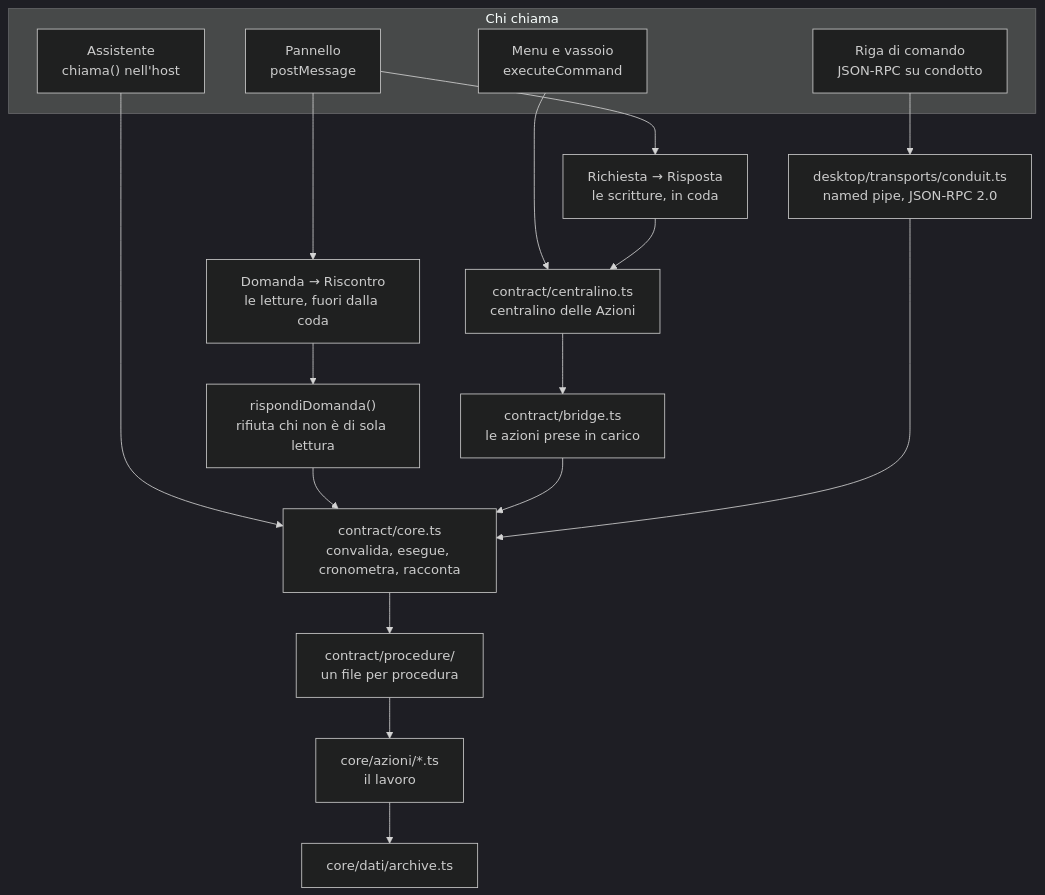
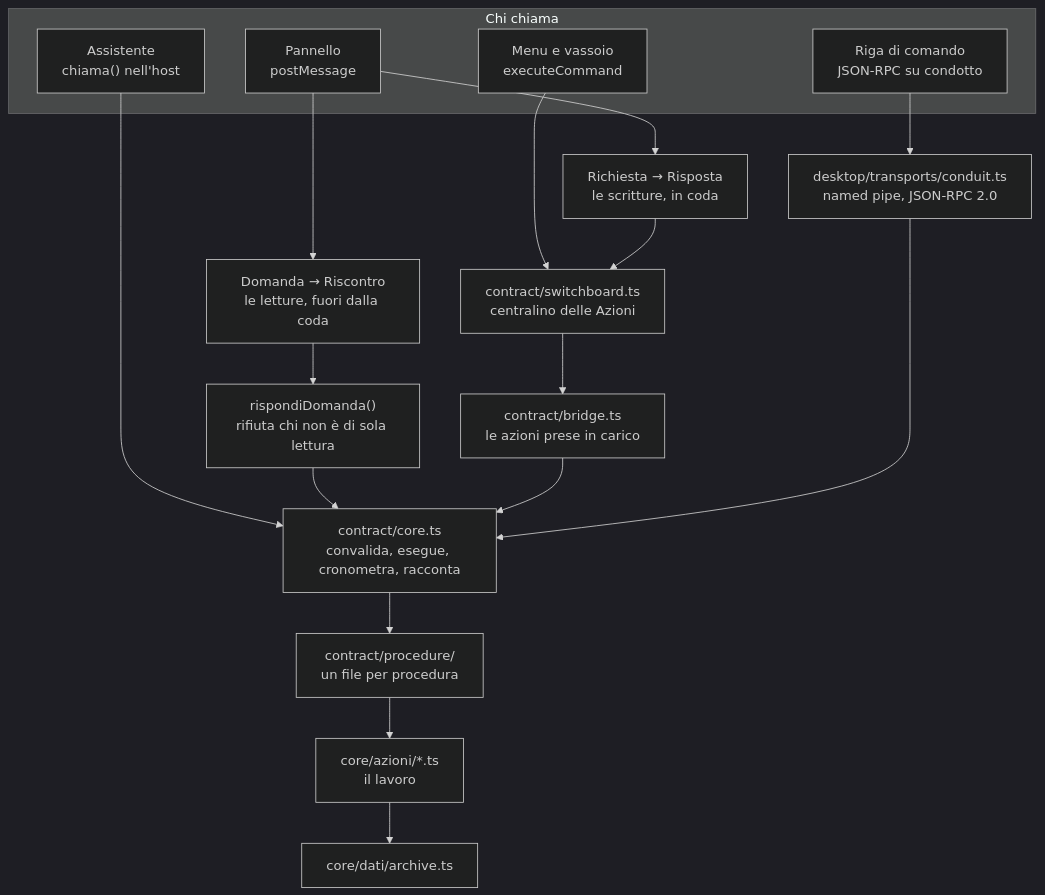
Before and after one commit to nabre/Registro: the diagram in docs/API.md, drawn with Mermaid (dark theme). The commit also changed other lines of this file and 47 other files, not shown here.

First line of the commit message:
refactor(nomi): contract, chiamante, centralino, registro e manifesto in inglese (ADR-53)

````diff
--- a/docs/API.md
+++ b/docs/API.md
@@ -27,35 +27,35 @@
 ```mermaid
 flowchart TB
   subgraph chiamanti["Chi chiama"]
     pannello["Pannello<br/>postMessage"]
     assistente["Assistente<br/>chiama() nell'host"]
     menu["Menu e vassoio<br/>executeCommand"]
     cli["Riga di comando<br/>JSON-RPC su condotto"]
   end
 
   azioni["Richiesta → Risposta<br/>le scritture, in coda"]
   domande["Domanda → Riscontro<br/>le letture, fuori dalla coda"]
   guardia["rispondiDomanda()<br/>rifiuta chi non è di sola lettura"]
-  bus["contract/centralino.ts<br/>centralino delle Azioni"]
+  bus["contract/switchboard.ts<br/>centralino delle Azioni"]
   ponte["contract/bridge.ts<br/>le azioni prese in carico"]
   condotto["desktop/transports/conduit.ts<br/>named pipe, JSON-RPC 2.0"]
   nucleo["contract/core.ts<br/>convalida, esegue, cronometra, racconta"]
   procedure["contract/procedure/<br/>un file per procedura"]
   gestori["core/azioni/*.ts<br/>il lavoro"]
   archivio["core/dati/archive.ts"]
 
   pannello --> azioni
   pannello --> domande
   assistente --> nucleo
   menu --> bus
   cli --> condotto
   azioni --> bus
   domande --> guardia
   guardia --> nucleo
   bus --> ponte
   ponte --> nucleo
   condotto --> nucleo
   nucleo --> procedure
   procedure --> gestori
   gestori --> archivio
 ```
````
